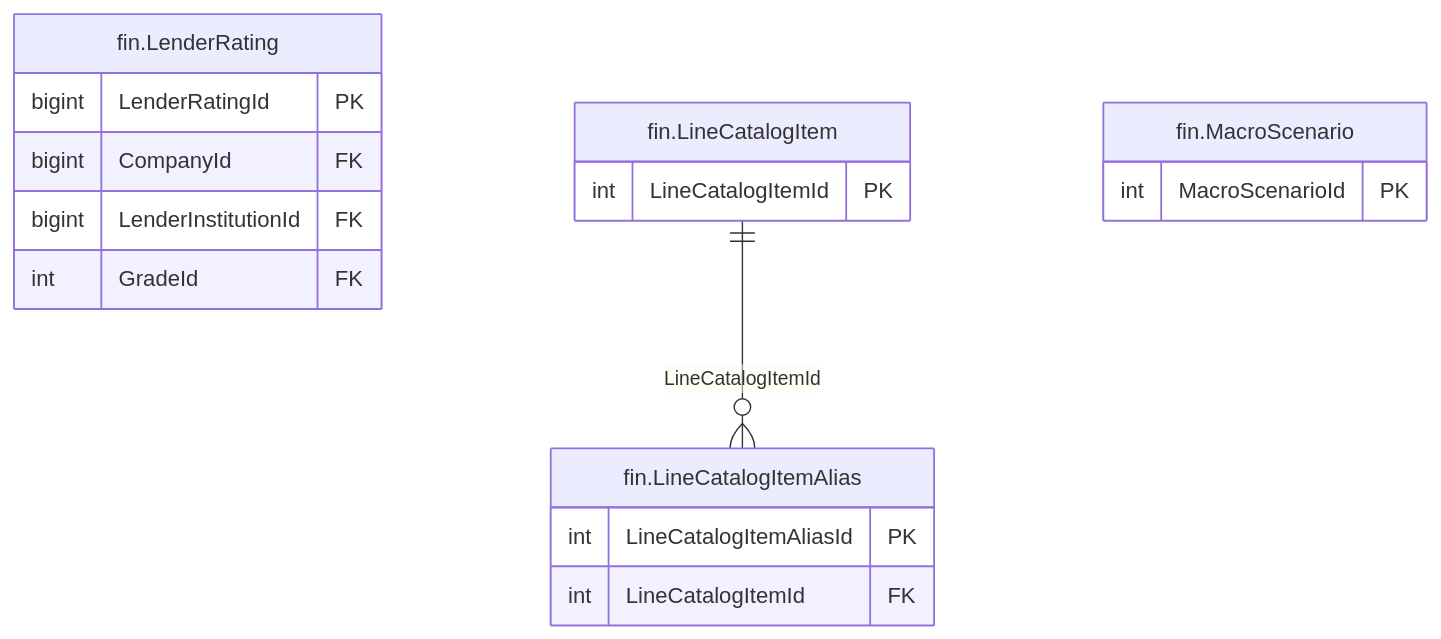
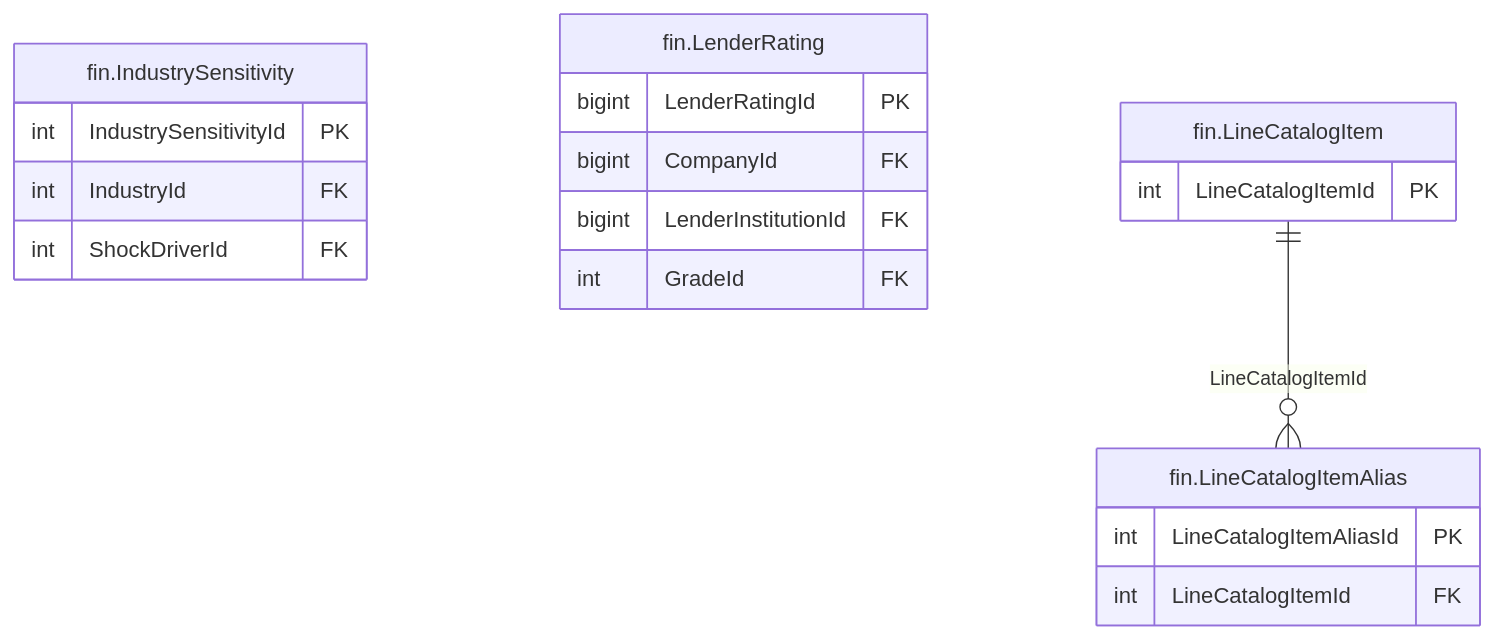
Before and after one commit to thawrasy/smartlines: the diagram in treasury-platform/docs/diagrams/erd/m5_financials_8.mmd, drawn with Mermaid. The commit also changed 217 other files, not shown here.

```diff
--- a/treasury-platform/docs/diagrams/erd/m5_financials_8.mmd
+++ b/treasury-platform/docs/diagrams/erd/m5_financials_8.mmd
@@ -1,19 +1,21 @@
 %% م5 · البيانات المالية والأرصدة (8/14) — Financial statements & balances
 erDiagram
+  fin_IndustrySensitivity["fin.IndustrySensitivity"] {
+    int IndustrySensitivityId PK
+    int IndustryId FK
+    int ShockDriverId FK
+  }
   fin_LenderRating["fin.LenderRating"] {
     bigint LenderRatingId PK
     bigint CompanyId FK
     bigint LenderInstitutionId FK
     int GradeId FK
   }
   fin_LineCatalogItem["fin.LineCatalogItem"] {
     int LineCatalogItemId PK
   }
   fin_LineCatalogItemAlias["fin.LineCatalogItemAlias"] {
     int LineCatalogItemAliasId PK
     int LineCatalogItemId FK
   }
-  fin_MacroScenario["fin.MacroScenario"] {
-    int MacroScenarioId PK
-  }
   fin_LineCatalogItem ||--o{ fin_LineCatalogItemAlias : "LineCatalogItemId"
```
